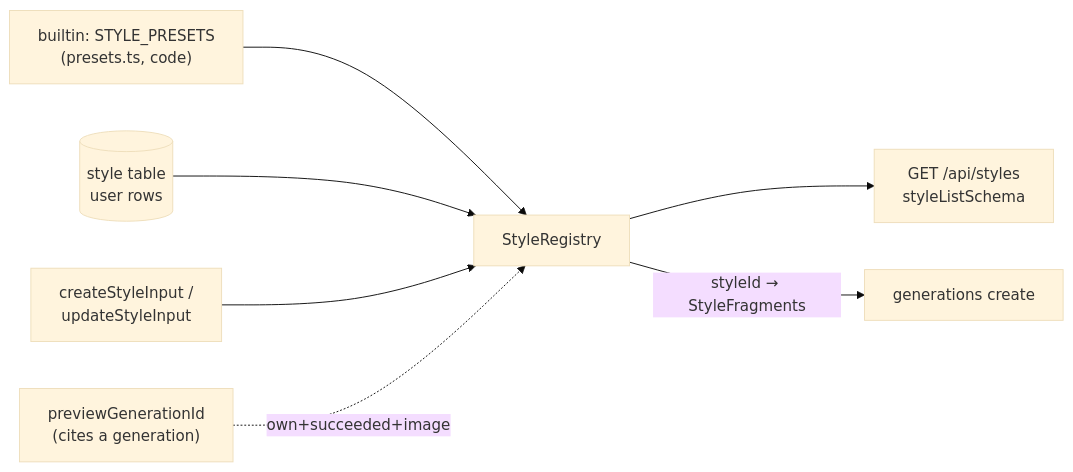
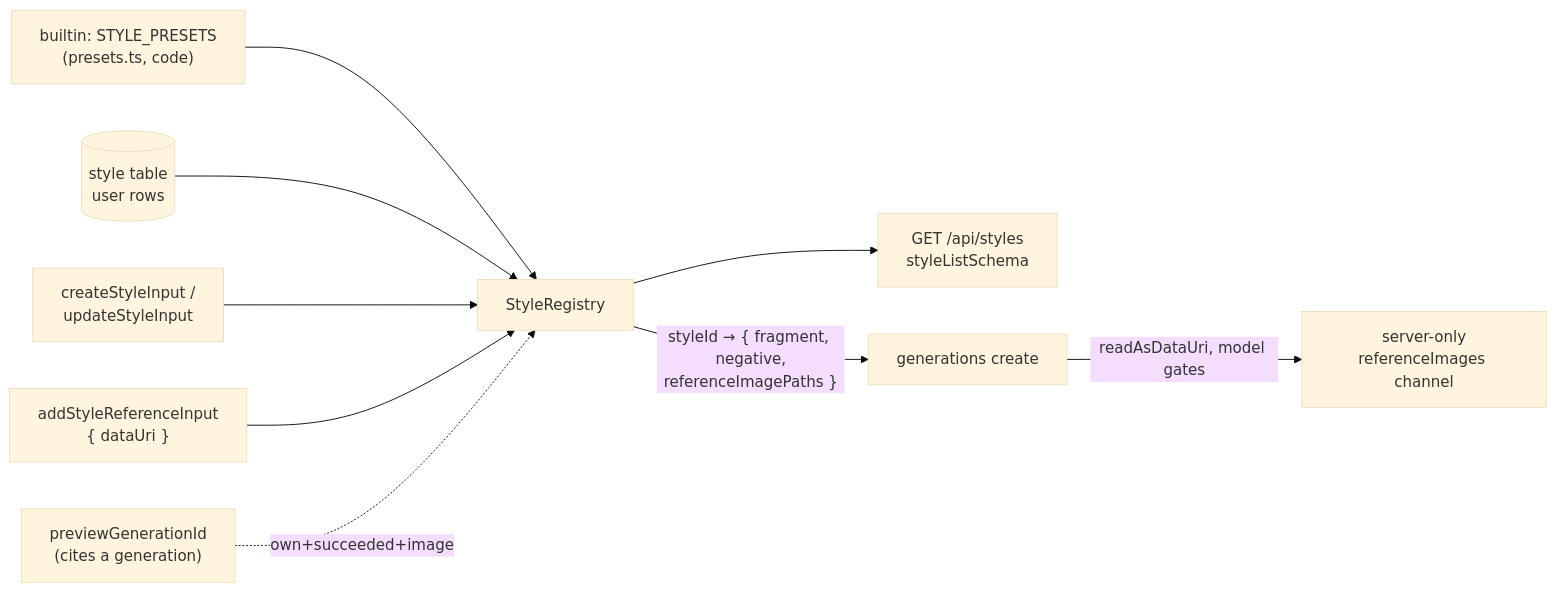
The diagram in packages/contracts/src/style.ts.md (AzamatRaimbekov2/openCreate), drawn with Mermaid (base theme) before and after one commit. The commit also changed other lines of this file and 2 other files, not shown here.

First line of the commit message:
feat(contracts): style package — up to 3 reference images alongside the fragments

````diff
--- a/packages/contracts/src/style.ts.md
+++ b/packages/contracts/src/style.ts.md
@@ -27,9 +33,11 @@
 ```mermaid
 flowchart LR
   BI["builtin: STYLE_PRESETS<br/>(presets.ts, code)"] --> REG[StyleRegistry]
   DB[("style table<br/>user rows")] --> REG
   REG --> LIST["GET /api/styles<br/>styleListSchema"]
   IN["createStyleInput /<br/>updateStyleInput"] --> REG
-  REG -->|"styleId → StyleFragments"| GEN[generations create]
+  UP["addStyleReferenceInput<br/>{ dataUri }"] --> REG
+  REG -->|"styleId → { fragment, negative,<br/>referenceImagePaths }"| GEN[generations create]
+  GEN -->|"readAsDataUri, model gates"| CH["server-only<br/>referenceImages channel"]
   PREV["previewGenerationId<br/>(cites a generation)"] -.->|own+succeeded+image| REG
 ```
````
